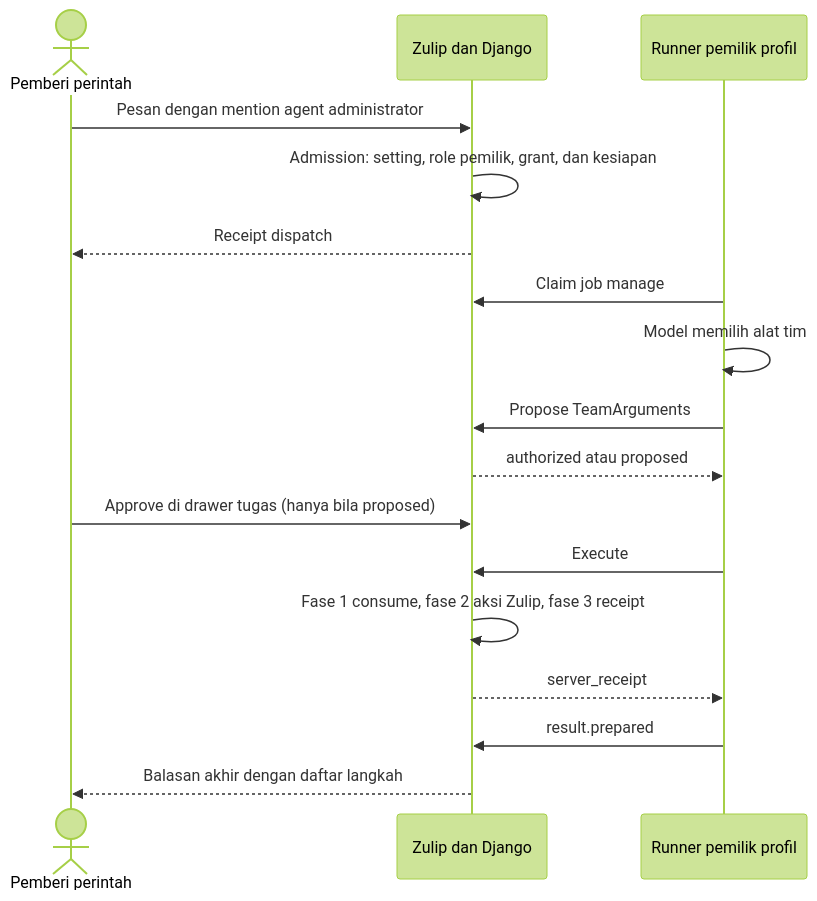
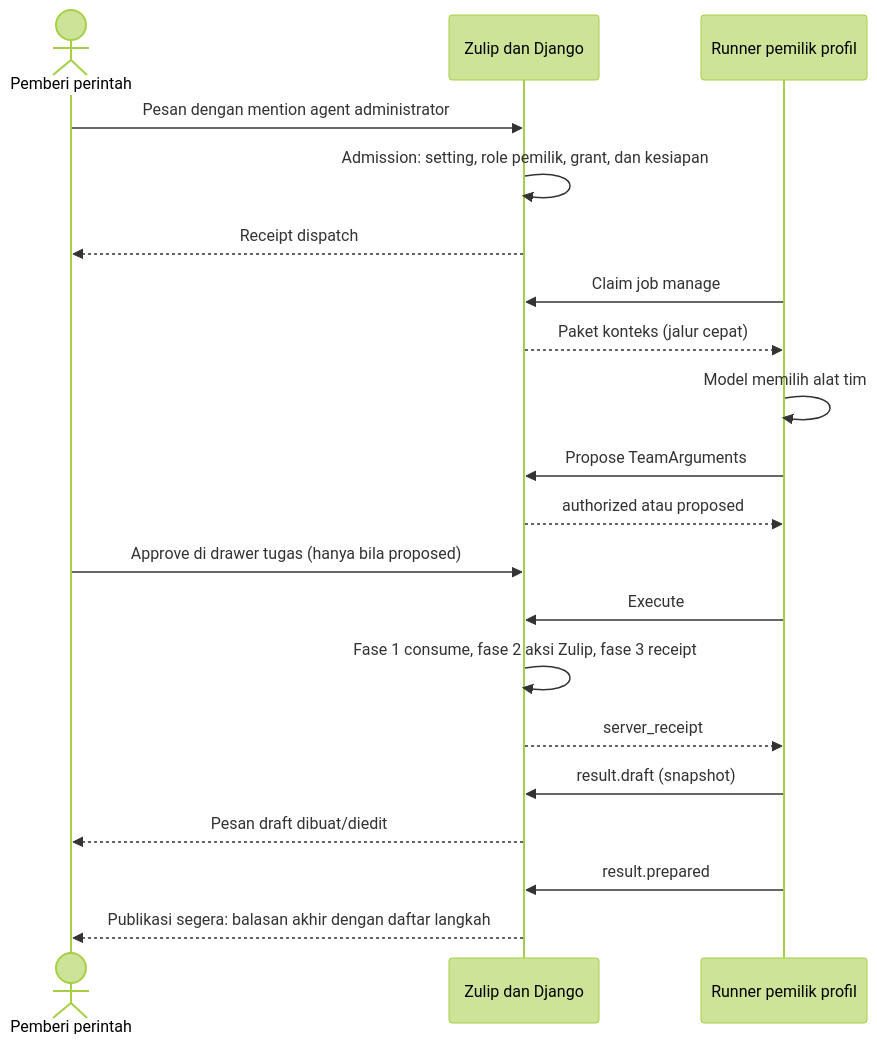
The diagram in internals/docs/spec/2026-09-23-agent-administrator.md (Growth-Circle/grow-team), drawn with Mermaid (forest theme) before and after one commit. The commit also changed other lines of this file and 2 other files, not shown here.

````diff
--- a/internals/docs/spec/2026-09-23-agent-administrator.md
+++ b/internals/docs/spec/2026-09-23-agent-administrator.md
@@ -233,19 +238,22 @@
 ```mermaid
 sequenceDiagram
   actor P as Pemberi perintah
   participant Z as Zulip dan Django
   participant R as Runner pemilik profil
   P->>Z: Pesan dengan mention agent administrator
   Z->>Z: Admission: setting, role pemilik, grant, dan kesiapan
   Z-->>P: Receipt dispatch
   R->>Z: Claim job manage
+  Z-->>R: Paket konteks (jalur cepat)
   R->>R: Model memilih alat tim
   R->>Z: Propose TeamArguments
   Z-->>R: authorized atau proposed
   P->>Z: Approve di drawer tugas (hanya bila proposed)
   R->>Z: Execute
   Z->>Z: Fase 1 consume, fase 2 aksi Zulip, fase 3 receipt
   Z-->>R: server_receipt
+  R->>Z: result.draft (snapshot)
+  Z-->>P: Pesan draft dibuat/diedit
   R->>Z: result.prepared
-  Z-->>P: Balasan akhir dengan daftar langkah
+  Z-->>P: Publikasi segera: balasan akhir dengan daftar langkah
 ```
````
